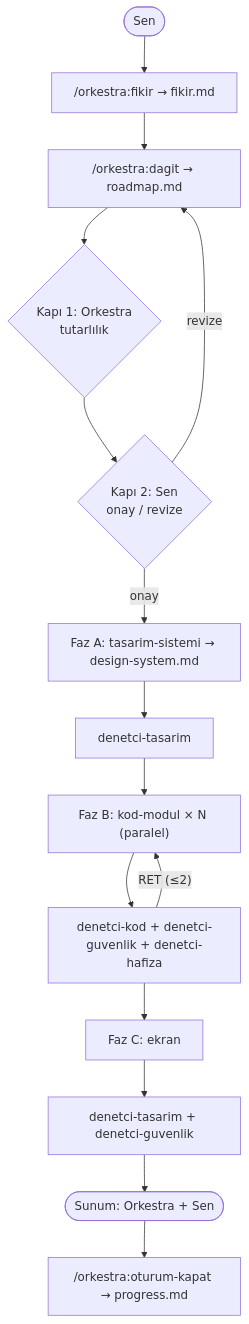
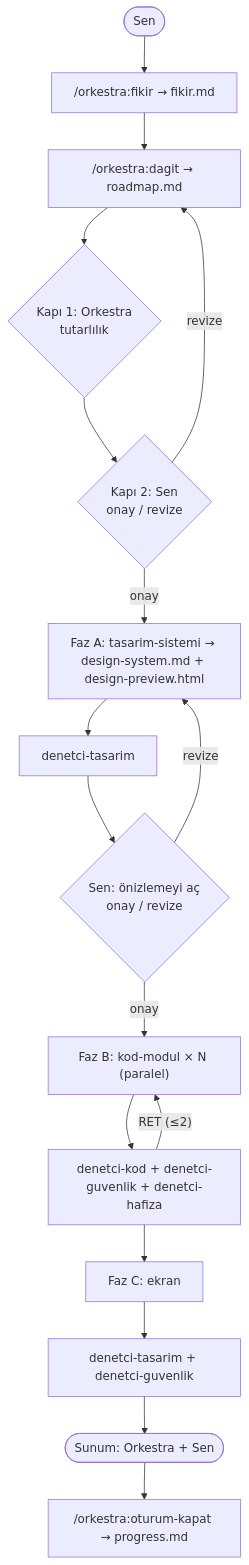
One commit to 2muhammetbulbul2-lang/orkestra changed the diagram in README.md. Above: the diagram before and after it, drawn with Mermaid. The commit also changed other lines of this file and 12 other files, not shown here.

````diff
--- a/README.md
+++ b/README.md
@@ -7,17 +7,19 @@
 ```mermaid
 flowchart TD
   U([Sen]) --> F["/orkestra:fikir → fikir.md"]
   F --> D["/orkestra:dagit → roadmap.md"]
   D --> K1{"Kapı 1: Orkestra<br/>tutarlılık"}
   K1 --> K2{"Kapı 2: Sen<br/>onay / revize"}
   K2 -- revize --> D
-  K2 -- onay --> A["Faz A: tasarim-sistemi → design-system.md"]
+  K2 -- onay --> A["Faz A: tasarim-sistemi → design-system.md + design-preview.html"]
   A --> DA[denetci-tasarim]
-  DA --> B["Faz B: kod-modul × N (paralel)"]
+  DA --> KA{"Sen: önizlemeyi aç<br/>onay / revize"}
+  KA -- revize --> A
+  KA -- onay --> B["Faz B: kod-modul × N (paralel)"]
   B --> DB["denetci-kod + denetci-guvenlik + denetci-hafiza"]
   DB -- "RET (≤2)" --> B
   DB --> C["Faz C: ekran"]
   C --> DC["denetci-tasarim + denetci-guvenlik"]
   DC --> S([Sunum: Orkestra + Sen])
   S --> O["/orkestra:oturum-kapat → progress.md"]
 ```
````
